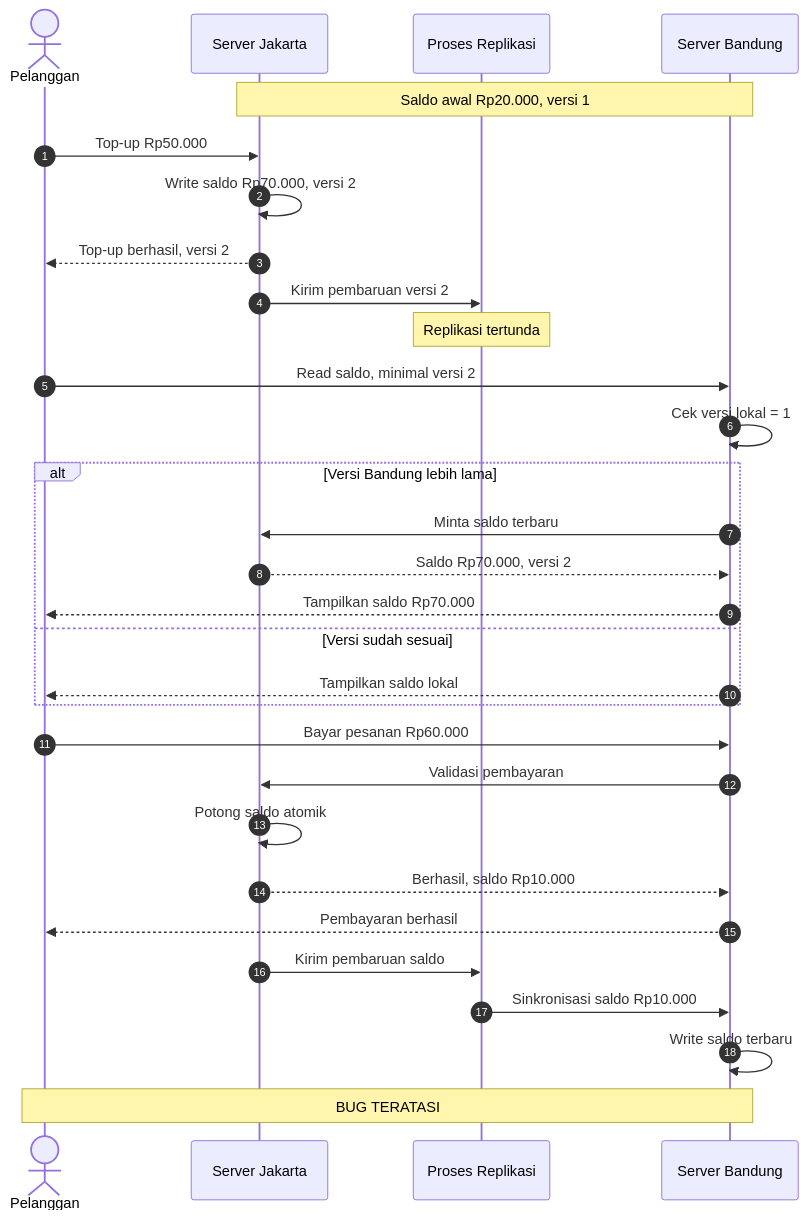
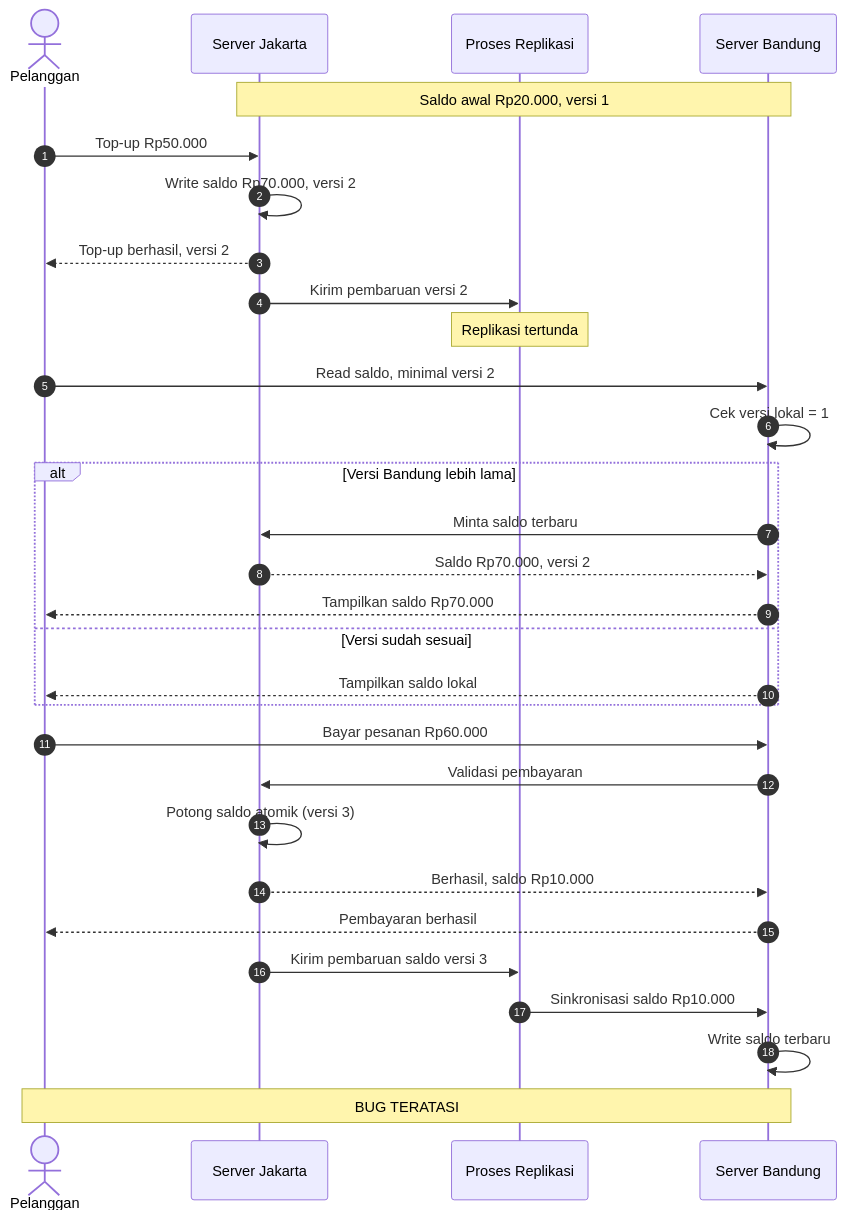
Before and after one commit to amirahry/komputasi-awan-dan-terdistribusi: the second of 2 diagrams in tugas-07-konsistensi-data/README.md, drawn with Mermaid. The commit also changed other lines of this file and 4 other files, not shown here.

````diff
--- a/tugas-07-konsistensi-data/README.md
+++ b/tugas-07-konsistensi-data/README.md
@@ -73,40 +87,40 @@
-```mermaid id="z1xpkq"
+```mermaid
 sequenceDiagram
     autonumber
     actor P as Pelanggan
     participant J as Server Jakarta
     participant R as Proses Replikasi
     participant B as Server Bandung
 
     Note over J,B: Saldo awal Rp20.000, versi 1
 
     P->>J: Top-up Rp50.000
     J->>J: Write saldo Rp70.000, versi 2
     J-->>P: Top-up berhasil, versi 2
 
     J->>R: Kirim pembaruan versi 2
     Note over R: Replikasi tertunda
 
     P->>B: Read saldo, minimal versi 2
     B->>B: Cek versi lokal = 1
 
     alt Versi Bandung lebih lama
         B->>J: Minta saldo terbaru
         J-->>B: Saldo Rp70.000, versi 2
         B-->>P: Tampilkan saldo Rp70.000
     else Versi sudah sesuai
         B-->>P: Tampilkan saldo lokal
     end
 
     P->>B: Bayar pesanan Rp60.000
     B->>J: Validasi pembayaran
-    J->>J: Potong saldo atomik
+    J->>J: Potong saldo atomik (versi 3)
     J-->>B: Berhasil, saldo Rp10.000
     B-->>P: Pembayaran berhasil
 
-    J->>R: Kirim pembaruan saldo
+    J->>R: Kirim pembaruan saldo versi 3
     R->>B: Sinkronisasi saldo Rp10.000
     B->>B: Write saldo terbaru
 
     Note over P,B: BUG TERATASI
 ```
````
